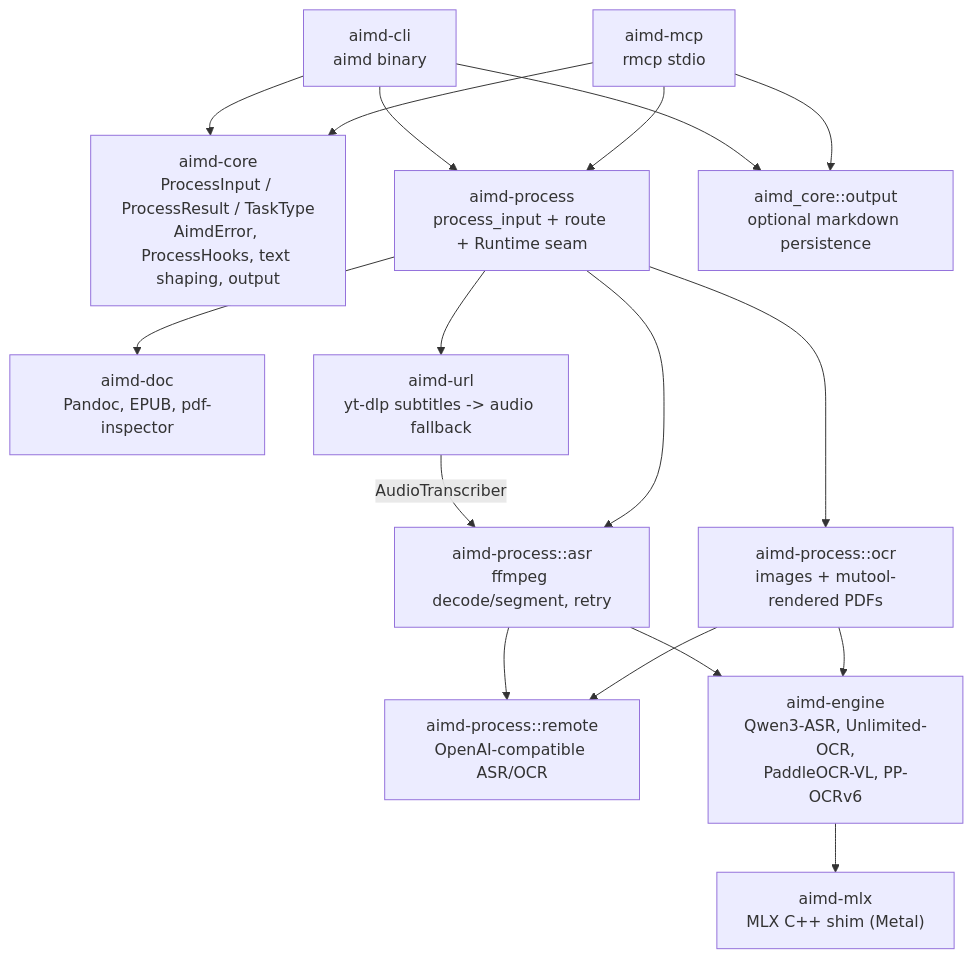
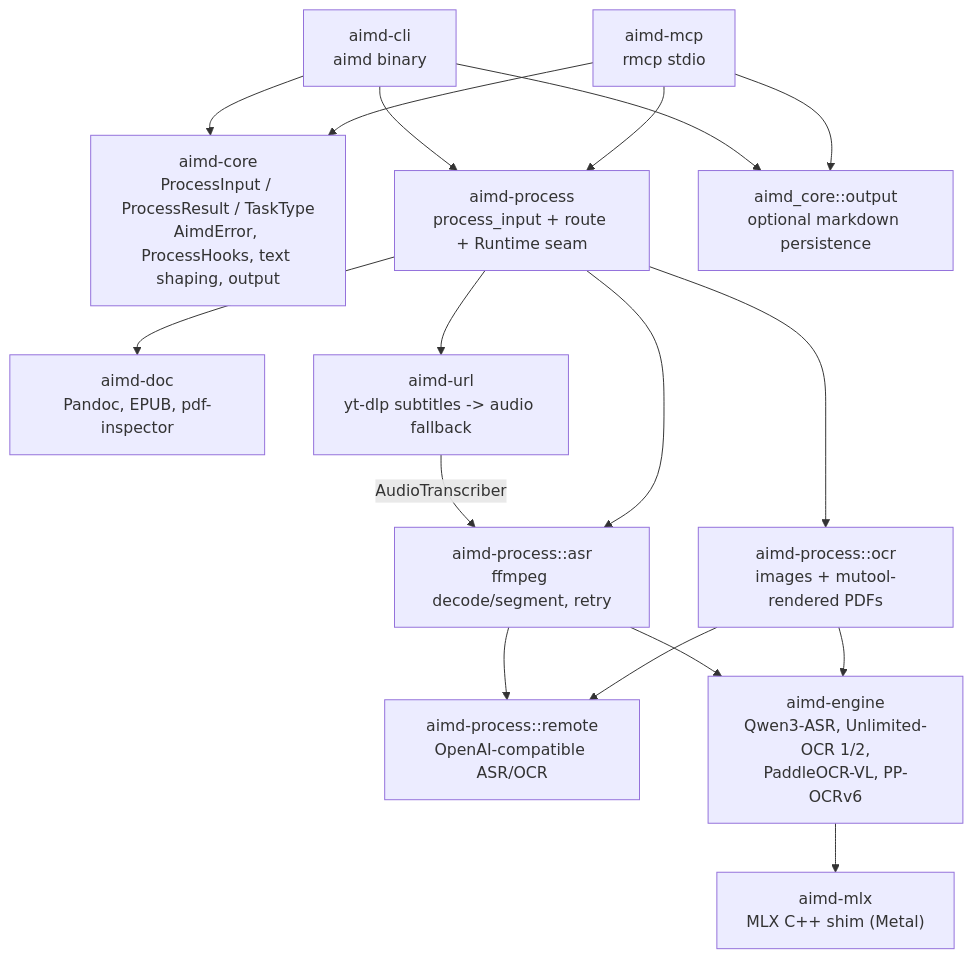
The diagram in AGENTS.md (shuuul/aimd), drawn with Mermaid before and after one commit. The commit also changed other lines of this file and 6 other files, not shown here.

Commit message:
docs: document Unlimited-OCR-2 and multi-page OCR (spec 008)

````diff
--- a/AGENTS.md
+++ b/AGENTS.md
@@ -63,33 +63,33 @@
 ```mermaid
 flowchart TD
     CLI["aimd-cli\naimd binary"]
     MCP["aimd-mcp\nrmcp stdio"]
 
     Core["aimd-core\nProcessInput / ProcessResult / TaskType\nAimdError, ProcessHooks, text shaping, output"]
     Process["aimd-process\nprocess_input + route + Runtime seam"]
 
     Doc["aimd-doc\nPandoc, EPUB, pdf-inspector"]
     Url["aimd-url\nyt-dlp subtitles -> audio fallback"]
     Asr["aimd-process::asr\nffmpeg decode/segment, retry"]
     Ocr["aimd-process::ocr\nimages + mutool-rendered PDFs"]
     Remote["aimd-process::remote\nOpenAI-compatible ASR/OCR"]
-    Engine["aimd-engine\nQwen3-ASR, Unlimited-OCR,\nPaddleOCR-VL, PP-OCRv6"]
+    Engine["aimd-engine\nQwen3-ASR, Unlimited-OCR 1/2,\nPaddleOCR-VL, PP-OCRv6"]
     Mlx["aimd-mlx\nMLX C++ shim (Metal)"]
 
     CLI --> Core
     MCP --> Core
     CLI --> Process
     MCP --> Process
     Process --> Doc
     Process --> Url
     Url -->|AudioTranscriber| Asr
     Process --> Asr
     Process --> Ocr
     Asr --> Remote
     Ocr --> Remote
     Asr --> Engine
     Ocr --> Engine
     Engine --> Mlx
     CLI --> Output["aimd_core::output\noptional markdown persistence"]
     MCP --> Output
 ```
````
